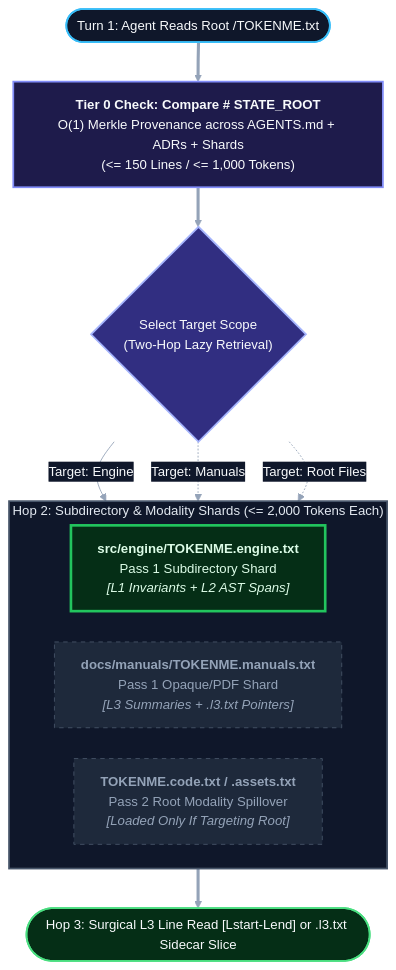
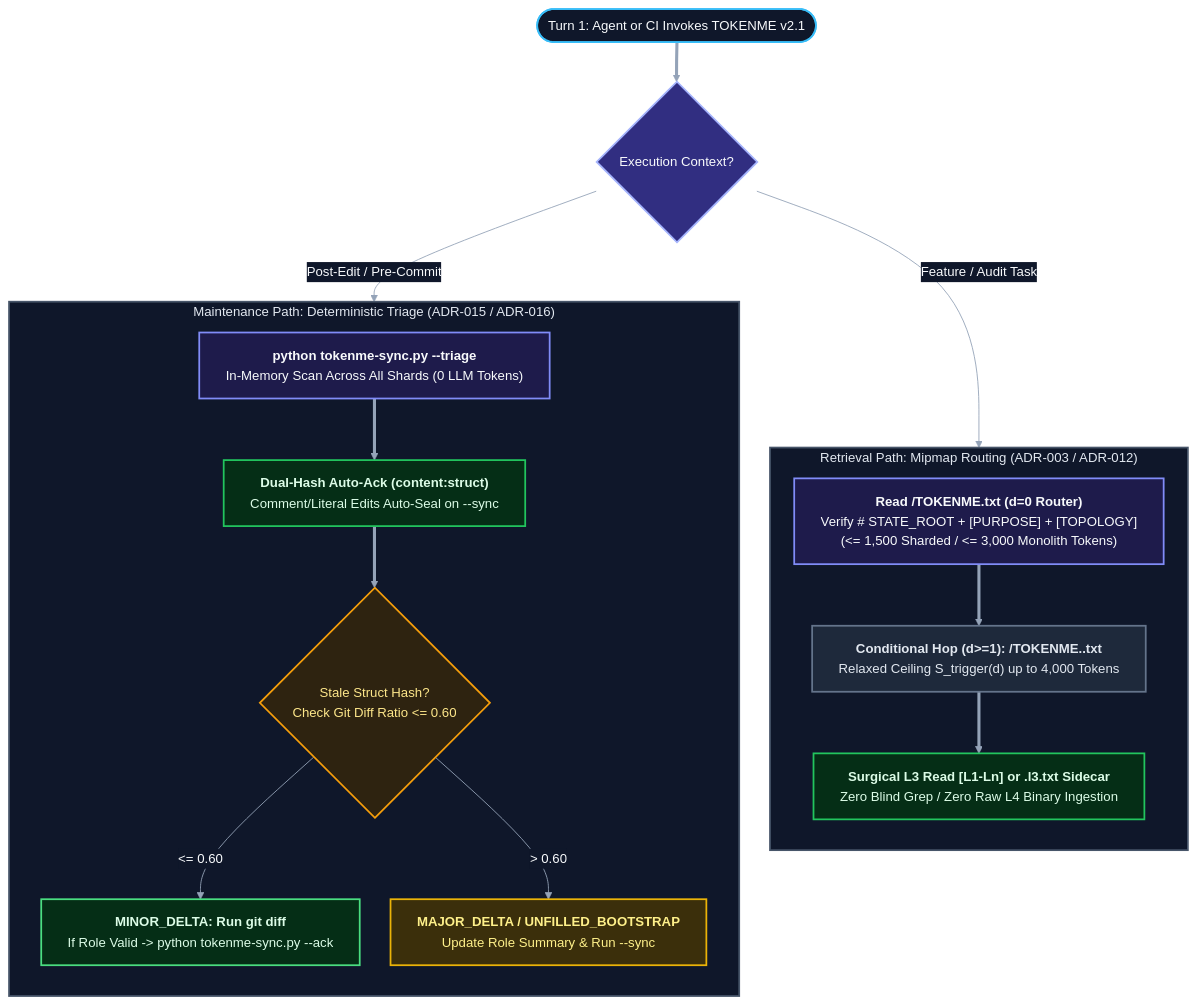
Before and after one commit to endean-eng/tokenme: the diagram in README.md, drawn with Mermaid. The commit also changed other lines of this file and 10 other files, not shown here.

Commit message:
test run of tokenme-sync.py in this repo

````diff
--- a/README.md
+++ b/README.md
@@ -86,31 +111,43 @@
 ```mermaid
 %%{init: {'theme': 'base', 'flowchart': {'wrappingWidth': 360, 'nodeSpacing': 35, 'rankSpacing': 45, 'curve': 'basis'}, 'themeVariables': { 'primaryColor': '#1e293b', 'primaryTextColor': '#f8fafc', 'primaryBorderColor': '#64748b', 'lineColor': '#94a3b8', 'edgeLabelBackground': '#0f172a', 'fontFamily': 'Consolas, monospace', 'fontSize': '15px'}}}%%
 flowchart TB
-    Start(["Turn 1: Agent Reads Root /TOKENME.txt"])
-    Verify["<b>Tier 0 Check: Compare # STATE_ROOT</b><br/>O(1) Merkle Provenance across AGENTS.md + ADRs + Shards<br/>(<= 150 Lines / <= 1,000 Tokens)"]
-    Gate{"Select Target Scope<br/>(Two-Hop Lazy Retrieval)"}
+    Start(["Turn 1: Agent or CI Invokes TOKENME v2.1"])
+    ModeGate{"Execution Context?"}
 
-    subgraph Shards["Hop 2: Subdirectory & Modality Shards (<= 2,000 Tokens Each)"]
-        direction LR
-        S1["<b>src/engine/TOKENME.engine.txt</b><br/>Pass 1 Subdirectory Shard<br/><i>[L1 Invariants + L2 AST Spans]</i>"]
-        S2["<b>docs/manuals/TOKENME.manuals.txt</b><br/>Pass 1 Opaque/PDF Shard<br/><i>[L3 Summaries + .l3.txt Pointers]</i>"]
-        S3["<b>TOKENME.code.txt / .assets.txt</b><br/>Pass 2 Root Modality Spillover<br/><i>[Loaded Only If Targeting Root]</i>"]
+    subgraph ReadPath["Retrieval Path: Mipmap Routing (ADR-003 / ADR-012)"]
+        direction TB
+        RootRead["<b>Read /TOKENME.txt (d=0 Router)</b><br/>Verify # STATE_ROOT + [PURPOSE] + [TOPOLOGY]<br/>(<= 1,500 Sharded / <= 3,000 Monolith Tokens)"]
+        ShardHop["<b>Conditional Hop (d>=1): <subdir>/TOKENME.<slug>.txt</b><br/>Relaxed Ceiling S_trigger(d) up to 4,000 Tokens"]
+        SurgicalRead["<b>Surgical L3 Read [L1-Ln] or .l3.txt Sidecar</b><br/>Zero Blind Grep / Zero Raw L4 Binary Ingestion"]
+        RootRead ==> ShardHop ==> SurgicalRead
     end
 
-    L3Read(["Hop 3: Surgical L3 Line Read [Lstart-Lend] or .l3.txt Sidecar Slice"])
+    subgraph MaintPath["Maintenance Path: Deterministic Triage (ADR-015 / ADR-016)"]
+        direction TB
+        TriageCmd["<b>python tokenme-sync.py --triage</b><br/>In-Memory Scan Across All Shards (0 LLM Tokens)"]
+        AutoAck["<b>Dual-Hash Auto-Ack (content:struct)</b><br/>Comment/Literal Edits Auto-Seal on --sync"]
+        DiffGate{"Stale Struct Hash?<br/>Check Git Diff Ratio <= 0.60"}
+        MinorAck["<b>MINOR_DELTA: Run git diff</b><br/>If Role Valid -> python tokenme-sync.py --ack <file>"]
+        MajorEdit["<b>MAJOR_DELTA / UNFILLED_BOOTSTRAP</b><br/>Update Role Summary & Run --sync"]
+        TriageCmd ==> AutoAck ==> DiffGate
+        DiffGate -->|"<= 0.60"| MinorAck
+        DiffGate -->|"> 0.60"| MajorEdit
+    end
 
-    Start ==> Verify ==> Gate
-    Gate -->|"Target: Engine"| S1
-    Gate -.->|"Target: Manuals"| S2
-    Gate -.->|"Target: Root Files"| S3
-    S1 ==> L3Read
+    Start ==> ModeGate
+    ModeGate -->|"Feature / Audit Task"| RootRead
+    ModeGate -->|"Post-Edit / Pre-Commit"| TriageCmd
 
     style Start fill:#0f172a,stroke:#38bdf8,stroke-width:2px,color:#f8fafc
-    style Verify fill:#1e1b4b,stroke:#818cf8,stroke-width:2px,color:#f8fafc
-    style Gate fill:#312e81,stroke:#a5b4fc,stroke-width:2px,color:#f8fafc
-    style Shards fill:#0f172a,stroke:#475569,stroke-width:2px,color:#e2e8f0
-    style S1 fill:#052e16,stroke:#22c55e,stroke-width:3px,color:#dcfce7
-    style S2 fill:#1e293b,stroke:#475569,stroke-dasharray: 5 5,color:#94a3b8
-    style S3 fill:#1e293b,stroke:#475569,stroke-dasharray: 5 5,color:#94a3b8
-    style L3Read fill:#052e16,stroke:#4ade80,stroke-width:2px,color:#f8fafc
+    style ModeGate fill:#312e81,stroke:#a5b4fc,stroke-width:2px,color:#f8fafc
+    style ReadPath fill:#0f172a,stroke:#475569,stroke-width:2px,color:#e2e8f0
+    style MaintPath fill:#0f172a,stroke:#475569,stroke-width:2px,color:#e2e8f0
+    style RootRead fill:#1e1b4b,stroke:#818cf8,stroke-width:2px,color:#f8fafc
+    style ShardHop fill:#1e293b,stroke:#64748b,stroke-width:2px,color:#e2e8f0
+    style SurgicalRead fill:#052e16,stroke:#22c55e,stroke-width:2px,color:#dcfce7
+    style TriageCmd fill:#1e1b4b,stroke:#818cf8,stroke-width:2px,color:#f8fafc
+    style AutoAck fill:#052e16,stroke:#22c55e,stroke-width:2px,color:#dcfce7
+    style DiffGate fill:#2e2310,stroke:#f59e0b,stroke-width:2px,color:#fde68a
+    style MinorAck fill:#052e16,stroke:#4ade80,stroke-width:2px,color:#dcfce7
+    style MajorEdit fill:#3b2f0b,stroke:#eab308,stroke-width:2px,color:#fef08a
 ```
````
